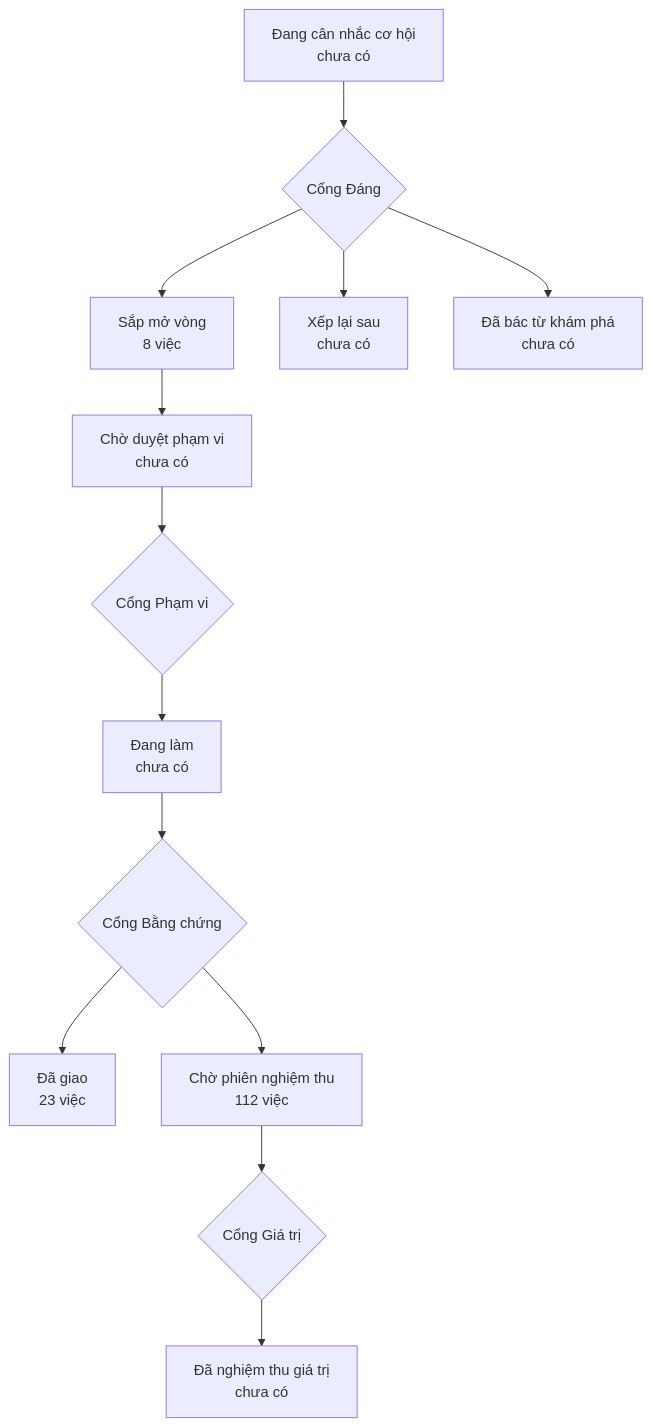
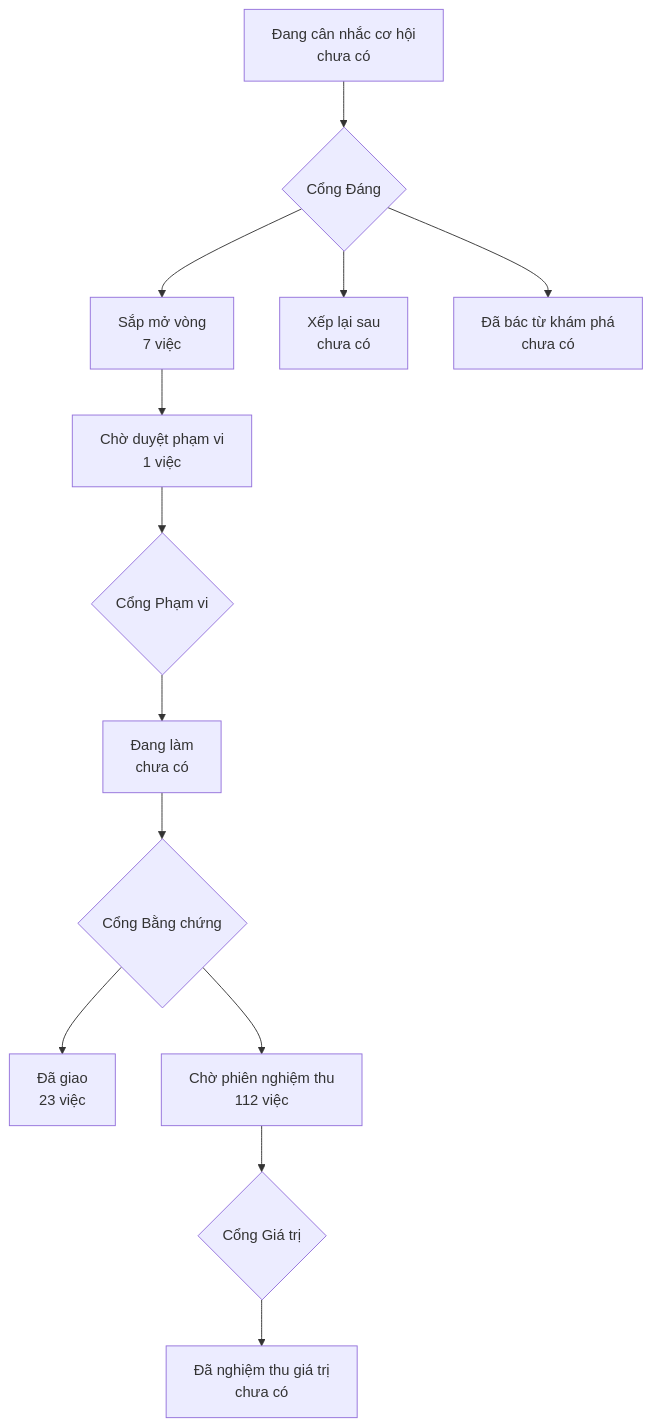
The diagram in PRODUCT-MAP.md (phanlemanh/onehub-quy-hang), drawn with Mermaid before and after one commit. The commit also changed other lines of this file and 8 other files, not shown here.

Commit message:
feat(acceptance): can-ngoai-khu — thiết kế, hợp đồng, eval; chờ Cổng Phạm vi (T3)

````diff
--- a/PRODUCT-MAP.md
+++ b/PRODUCT-MAP.md
@@ -7,12 +7,12 @@
 ```mermaid
 flowchart TD
   A["Đang cân nhắc cơ hội<br/>chưa có"] --> GD{"Cổng Đáng"}
-  GD --> B["Sắp mở vòng<br/>8 việc"]
+  GD --> B["Sắp mở vòng<br/>7 việc"]
   GD --> XL["Xếp lại sau<br/>chưa có"]
   GD --> DB["Đã bác từ khám phá<br/>chưa có"]
-  B --> CD["Chờ duyệt phạm vi<br/>chưa có"] --> GP{"Cổng Phạm vi"}
+  B --> CD["Chờ duyệt phạm vi<br/>1 việc"] --> GP{"Cổng Phạm vi"}
   GP --> DL["Đang làm<br/>chưa có"] --> GB{"Cổng Bằng chứng"}
   GB --> DG["Đã giao<br/>23 việc"]
   GB --> CN["Chờ phiên nghiệm thu<br/>112 việc"] --> GG{"Cổng Giá trị"}
   GG --> NT["Đã nghiệm thu giá trị<br/>chưa có"]
 ```
````
